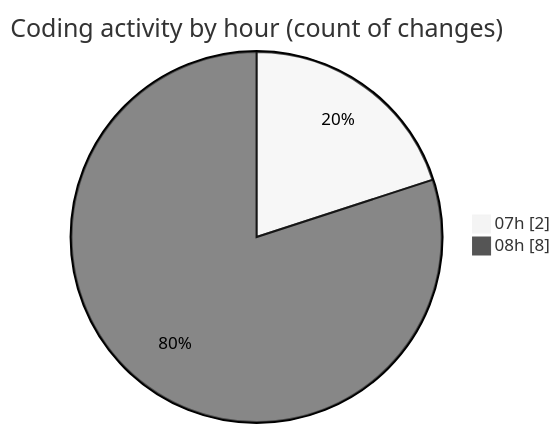
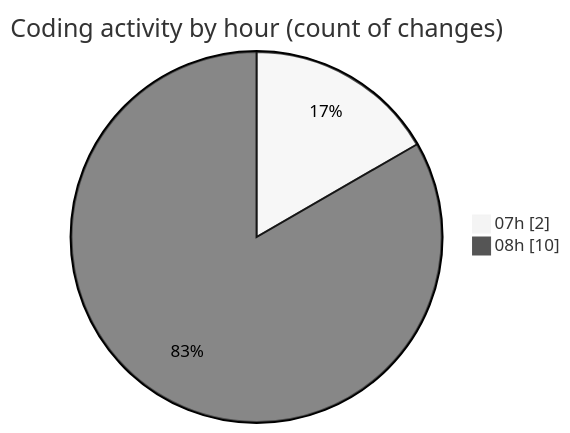
Before and after one commit to LanceThiago/code-tracking: the second of 2 diagrams in 2026-08-28/oficina/README.md, drawn with Mermaid (neutral theme). The commit also changed other lines of this file and 1 other file, not shown here.

````diff
--- a/2026-08-28/oficina/README.md
+++ b/2026-08-28/oficina/README.md
@@ -28,6 +28,6 @@
 ```mermaid
 pie showData
 title Coding activity by hour (count of changes)
 "07h" : 2
-"08h" : 8
+"08h" : 10
 ```
````
